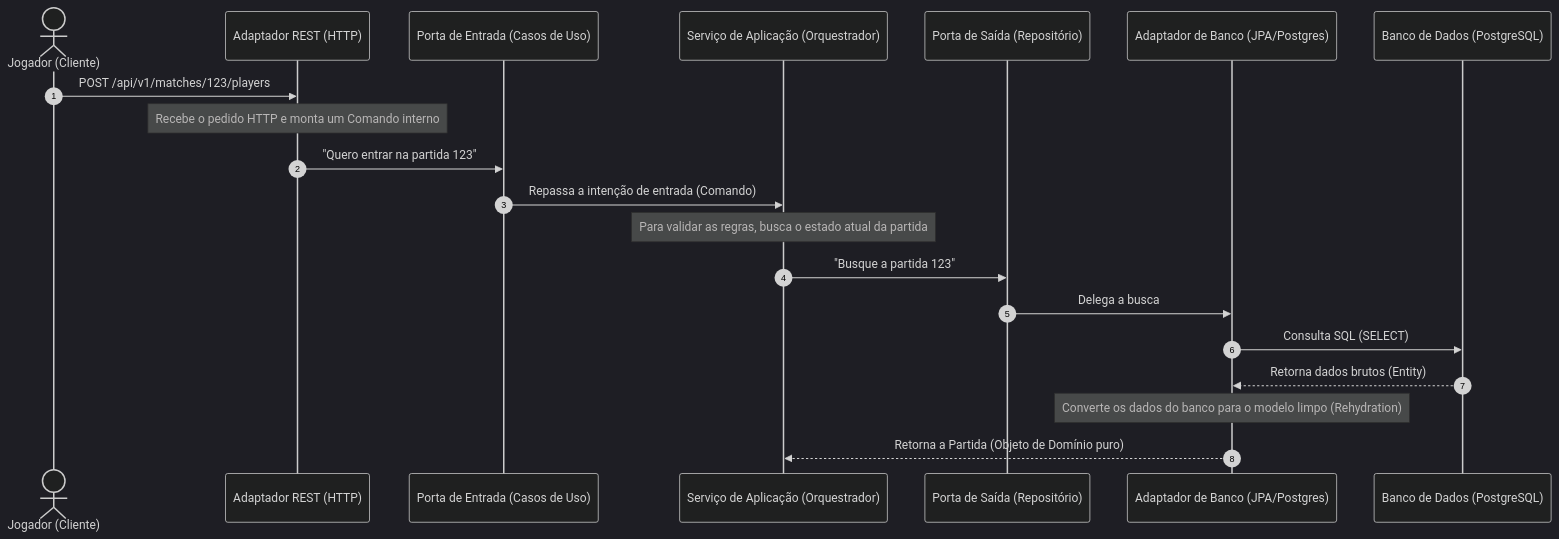
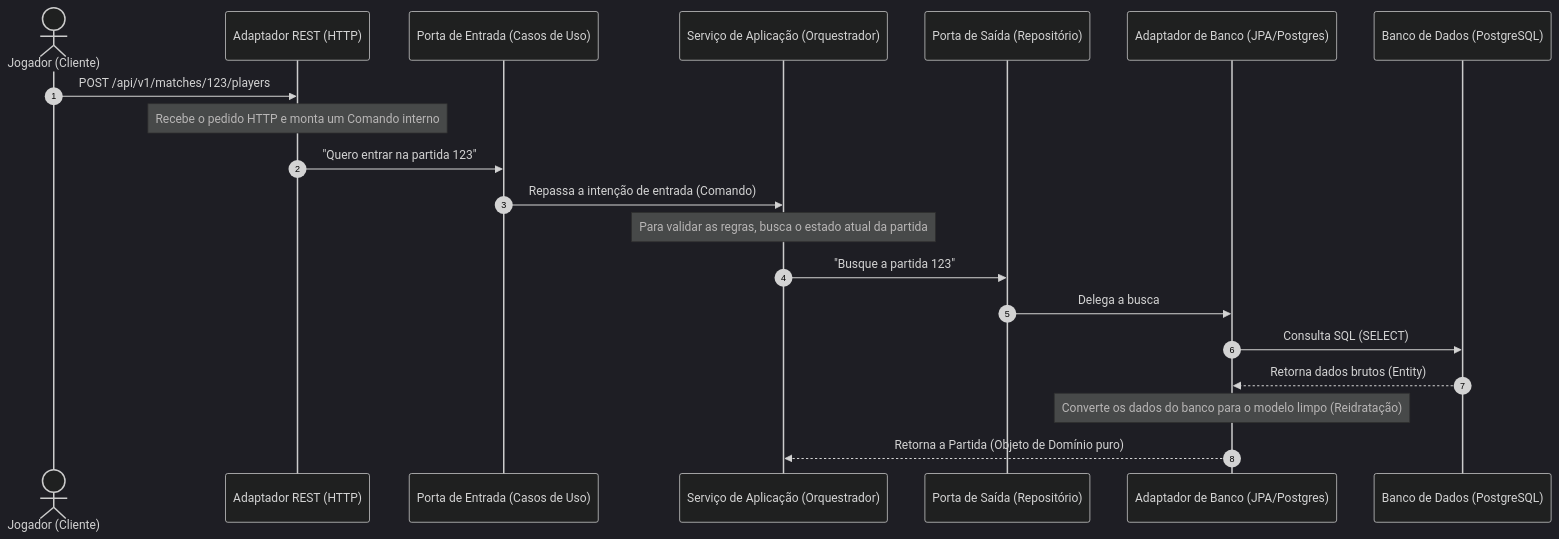
Before and after one commit to henriquemarino/henriquemarino.github.io: the first of 3 diagrams in content/blog/arquitetura-hexagonal-na-pratica.mdx, drawn with Mermaid (dark theme). The commit also changed other lines of this file and 4 other files, not shown here.

````diff
--- a/content/blog/arquitetura-hexagonal-na-pratica.mdx
+++ b/content/blog/arquitetura-hexagonal-na-pratica.mdx
@@ -78,24 +112,24 @@
 ```mermaid
 sequenceDiagram
     autonumber
     actor Player as Jogador (Cliente)
     participant REST as Adaptador REST (HTTP)
     participant InPort as Porta de Entrada (Casos de Uso)
     participant AppService as Serviço de Aplicação (Orquestrador)
     participant OutPortRepo as Porta de Saída (Repositório)
     participant Persistence as Adaptador de Banco (JPA/Postgres)
     participant DB as Banco de Dados (PostgreSQL)
 
     Player->>REST: POST /api/v1/matches/123/players
     Note over REST: Recebe o pedido HTTP e monta um Comando interno
     REST->>InPort: "Quero entrar na partida 123"
     InPort->>AppService: Repassa a intenção de entrada (Comando)
-    
+
     Note over AppService: Para validar as regras, busca o estado atual da partida
     AppService->>OutPortRepo: "Busque a partida 123"
     OutPortRepo->>Persistence: Delega a busca
     Persistence->>DB: Consulta SQL (SELECT)
     DB-->>Persistence: Retorna dados brutos (Entity)
-    Note over Persistence: Converte os dados do banco para o modelo limpo (Rehydration)
+    Note over Persistence: Converte os dados do banco para o modelo limpo (Reidratação)
     Persistence-->>AppService: Retorna a Partida (Objeto de Domínio puro)
 ```
````
